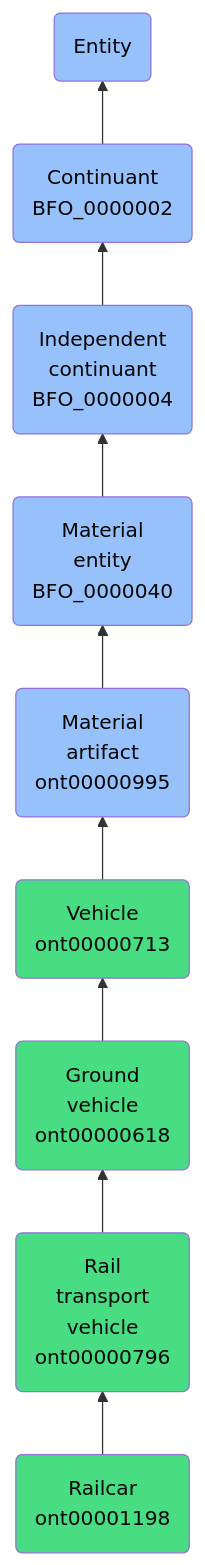
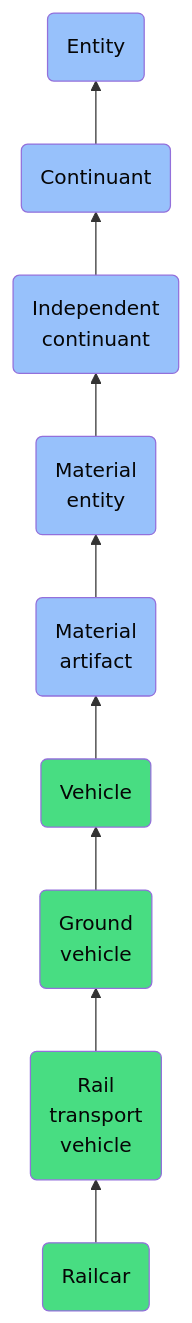
Before and after one commit to jupyter-naas/abi: the diagram in docs/ontology/reference/model/Entity/Continuant/Independent continuant/Material entity/Material artifact/Vehicle/Ground vehicle/Rail transport vehicle/Railcar/Railcar.md, drawn with Mermaid. The commit also changed other lines of this file and 1430 other files, not shown here.

````diff
--- a/docs/ontology/reference/model/Entity/Continuant/Independent continuant/Material entity/Material artifact/Vehicle/Ground vehicle/Rail transport vehicle/Railcar/Railcar.md
+++ b/docs/ontology/reference/model/Entity/Continuant/Independent continuant/Material entity/Material artifact/Vehicle/Ground vehicle/Rail transport vehicle/Railcar/Railcar.md
@@ -24,16 +24,16 @@
 ```mermaid
 graph BT
-    ont00001198(Railcar<br>ont00001198):::ABI-->ont00000796
-    ont00000796(Rail<br>transport<br>vehicle<br>ont00000796):::ABI-->ont00000618
-    ont00000618(Ground<br>vehicle<br>ont00000618):::ABI-->ont00000713
-    ont00000713(Vehicle<br>ont00000713):::ABI-->ont00000995
-    ont00000995(Material<br>artifact<br>ont00000995):::BFO-->BFO_0000040
-    BFO_0000040(Material<br>entity<br>BFO_0000040):::BFO-->BFO_0000004
-    BFO_0000004(Independent<br>continuant<br>BFO_0000004):::BFO-->BFO_0000002
-    BFO_0000002(Continuant<br>BFO_0000002):::BFO-->BFO_0000001
+    ont00001198(Railcar):::ABI-->ont00000796
+    ont00000796(Rail<br>transport<br>vehicle):::ABI-->ont00000618
+    ont00000618(Ground<br>vehicle):::ABI-->ont00000713
+    ont00000713(Vehicle):::ABI-->ont00000995
+    ont00000995(Material<br>artifact):::BFO-->BFO_0000040
+    BFO_0000040(Material<br>entity):::BFO-->BFO_0000004
+    BFO_0000004(Independent<br>continuant):::BFO-->BFO_0000002
+    BFO_0000002(Continuant):::BFO-->BFO_0000001
     BFO_0000001(Entity):::BFO
     
     classDef BFO fill:#97c1fb,color:#060606
     classDef CCO fill:#e4c51e,color:#060606
     classDef ABI fill:#48DD82,color:#060606
 ```
````
